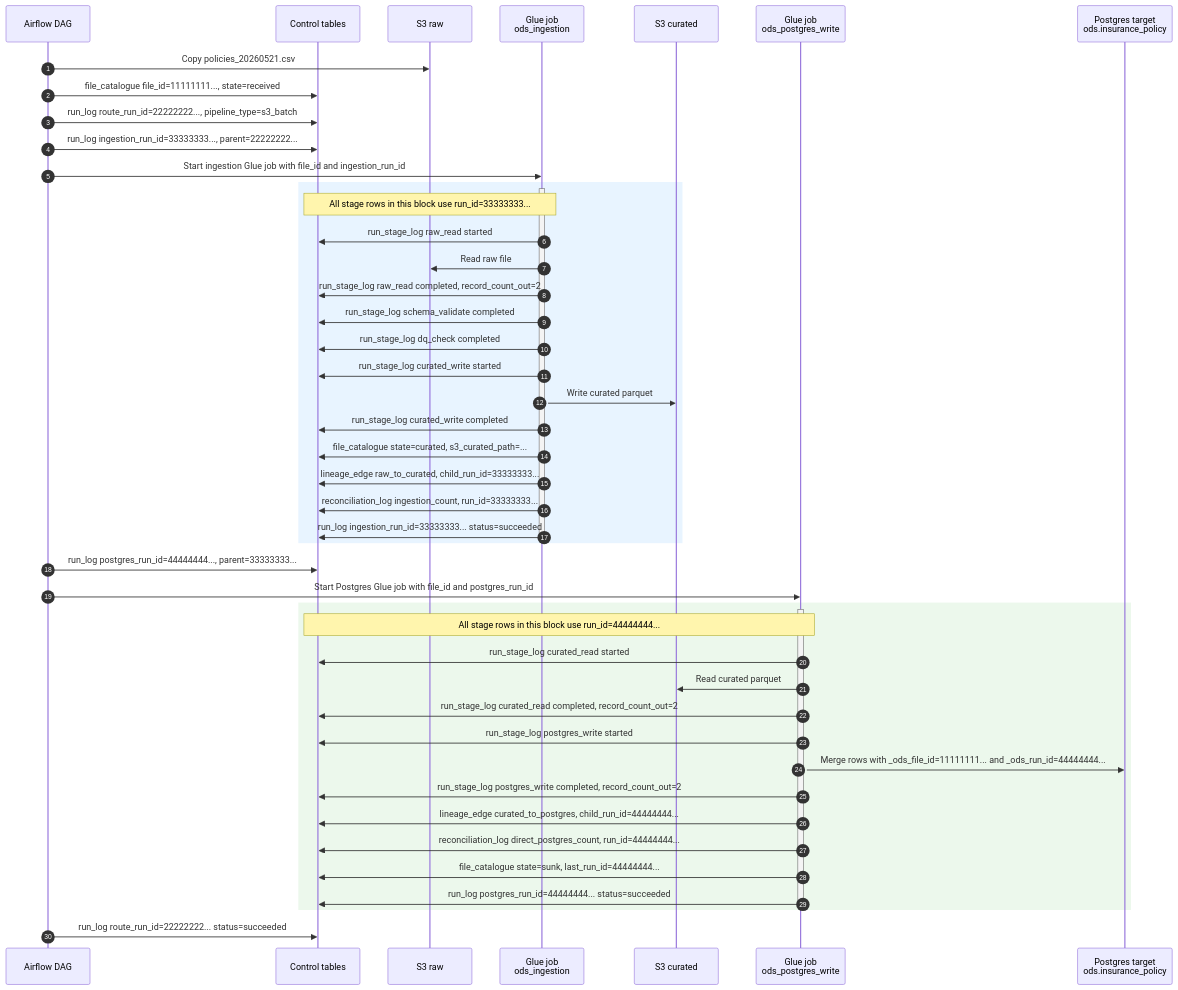
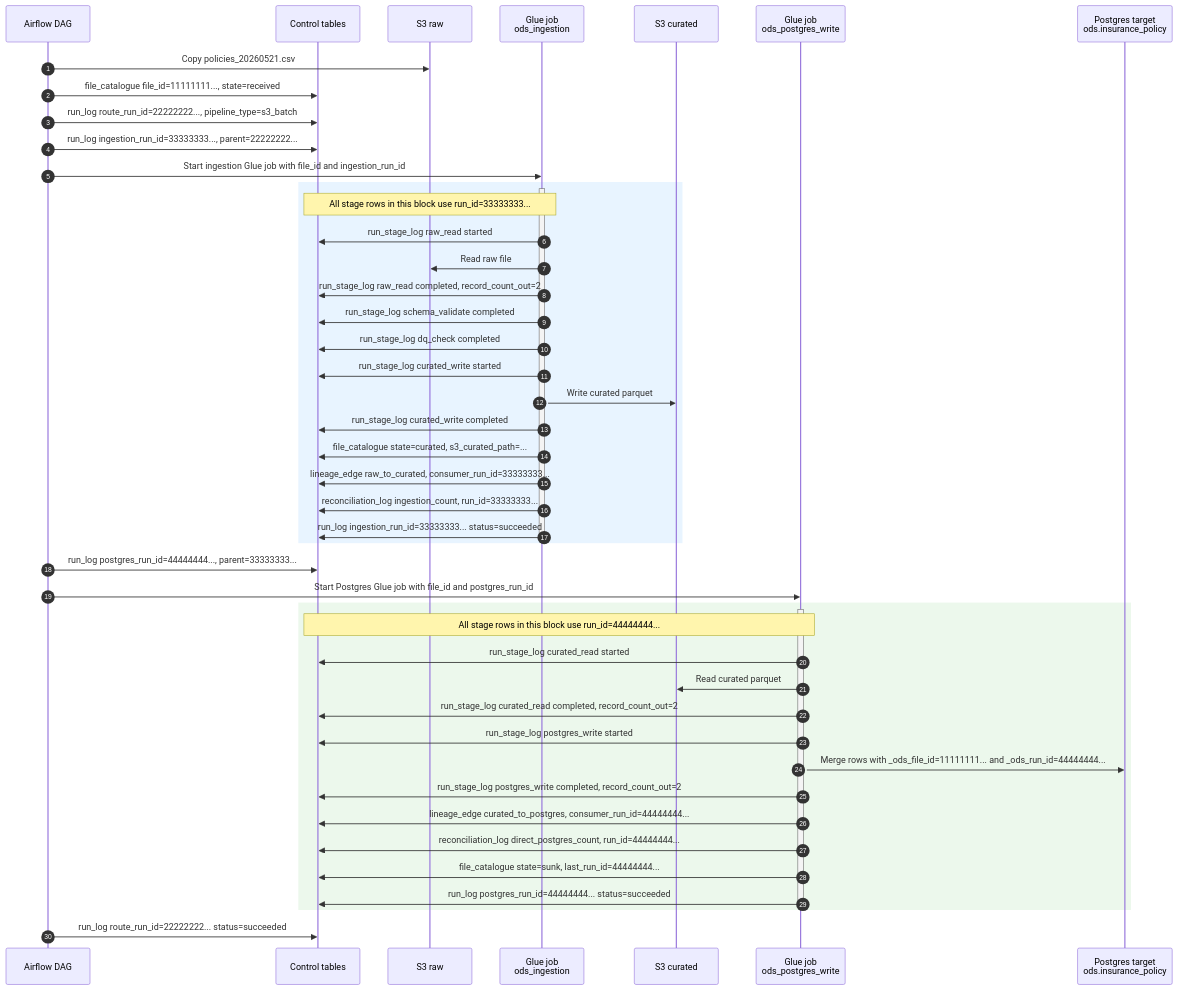
The second of 3 diagrams in docs/dev-guides/raw-to-postgres-table-data.md (holdersav20001/ods), drawn with Mermaid before and after one commit. The commit also changed other lines of this file and 67 other files, not shown here.

````diff
--- a/docs/dev-guides/raw-to-postgres-table-data.md
+++ b/docs/dev-guides/raw-to-postgres-table-data.md
@@ -313,56 +313,56 @@
 ```mermaid
 sequenceDiagram
     autonumber
     participant Airflow as Airflow DAG
     participant CT as Control tables
     participant Raw as S3 raw
     participant GI as Glue job<br/>ods_ingestion
     participant Curated as S3 curated
     participant GP as Glue job<br/>ods_postgres_write
     participant Target as Postgres target<br/>ods.insurance_policy
 
     Airflow->>Raw: Copy policies_20260521.csv
     Airflow->>CT: file_catalogue file_id=11111111..., state=received
     Airflow->>CT: run_log route_run_id=22222222..., pipeline_type=s3_batch
     Airflow->>CT: run_log ingestion_run_id=33333333..., parent=22222222...
     Airflow->>GI: Start ingestion Glue job with file_id and ingestion_run_id
 
     rect rgb(232, 244, 255)
     activate GI
     Note over GI,CT: All stage rows in this block use run_id=33333333...
     GI->>CT: run_stage_log raw_read started
     GI->>Raw: Read raw file
     GI->>CT: run_stage_log raw_read completed, record_count_out=2
     GI->>CT: run_stage_log schema_validate completed
     GI->>CT: run_stage_log dq_check completed
     GI->>CT: run_stage_log curated_write started
     GI->>Curated: Write curated parquet
     GI->>CT: run_stage_log curated_write completed
     GI->>CT: file_catalogue state=curated, s3_curated_path=...
-    GI->>CT: lineage_edge raw_to_curated, child_run_id=33333333...
+    GI->>CT: lineage_edge raw_to_curated, consumer_run_id=33333333...
     GI->>CT: reconciliation_log ingestion_count, run_id=33333333...
     GI->>CT: run_log ingestion_run_id=33333333... status=succeeded
     deactivate GI
     end
 
     Airflow->>CT: run_log postgres_run_id=44444444..., parent=33333333...
     Airflow->>GP: Start Postgres Glue job with file_id and postgres_run_id
 
     rect rgb(236, 248, 236)
     activate GP
     Note over GP,CT: All stage rows in this block use run_id=44444444...
     GP->>CT: run_stage_log curated_read started
     GP->>Curated: Read curated parquet
     GP->>CT: run_stage_log curated_read completed, record_count_out=2
     GP->>CT: run_stage_log postgres_write started
     GP->>Target: Merge rows with _ods_file_id=11111111... and _ods_run_id=44444444...
     GP->>CT: run_stage_log postgres_write completed, record_count_out=2
-    GP->>CT: lineage_edge curated_to_postgres, child_run_id=44444444...
+    GP->>CT: lineage_edge curated_to_postgres, consumer_run_id=44444444...
     GP->>CT: reconciliation_log direct_postgres_count, run_id=44444444...
     GP->>CT: file_catalogue state=sunk, last_run_id=44444444...
     GP->>CT: run_log postgres_run_id=44444444... status=succeeded
     deactivate GP
     end
 
     Airflow->>CT: run_log route_run_id=22222222... status=succeeded
 ```
````
